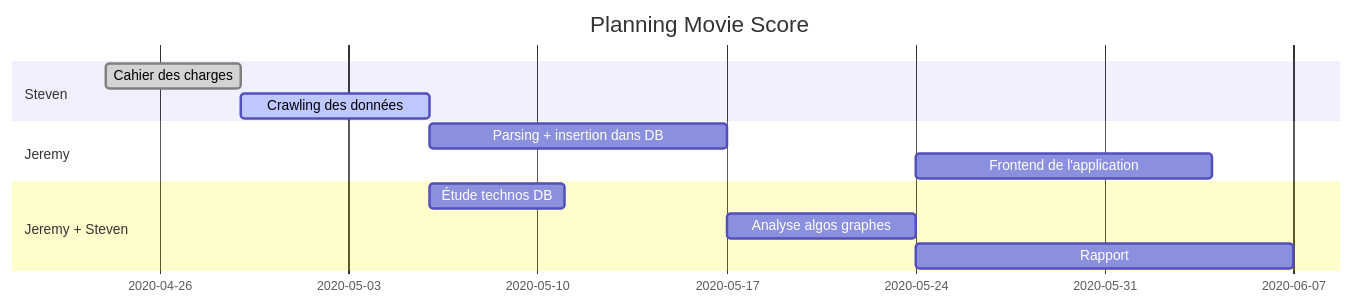
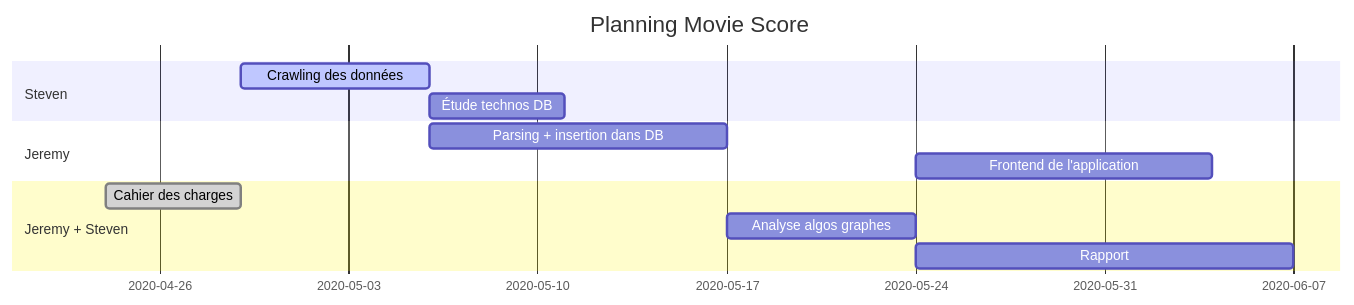
The diagram in report/planning.mmd (stevenliatti/MovieScore), drawn with Mermaid before and after one commit. The commit also changed other lines of this file and 7 other files, not shown here.

```diff
--- a/report/planning.mmd
+++ b/report/planning.mmd
@@ -1,16 +1,16 @@
 gantt
 dateFormat  DD-MM-YYYY
 title Planning Movie Score
 
 section Steven
-Cahier des charges          :done,    a1, 24-04-2020,29-04-2020
 Crawling des données        :active,  a2, after a1, 7d
+Étude technos DB            :         a3, after a2, 5d
 
 section Jeremy
 Parsing + insertion dans DB :         a4, after a2, 11d
 Frontend de l'application   :         a6, after a5, 11d
 
 section Jeremy + Steven
-Étude technos DB            :         a3, after a2, 5d
+Cahier des charges          :done,    a1, 24-04-2020,29-04-2020
 Analyse algos graphes       :         a5, after a4, 7d
 Rapport                     :         a7, after a5, 2w
```
